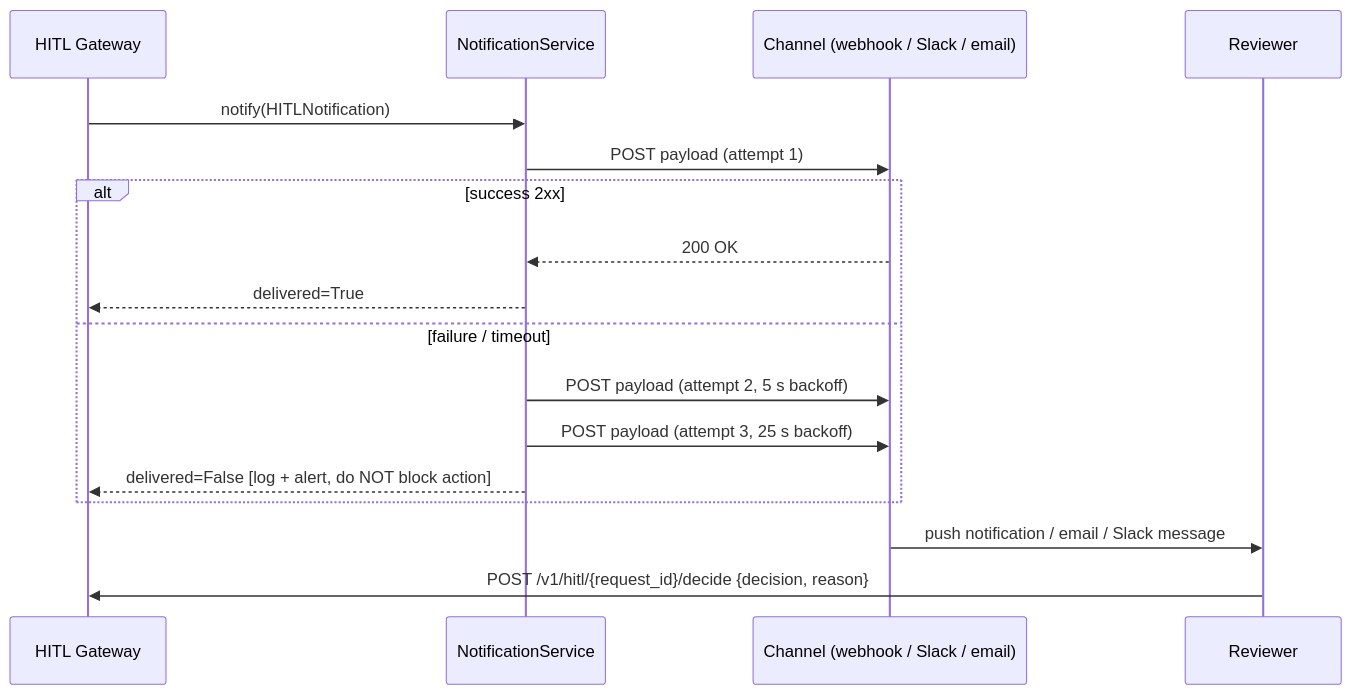
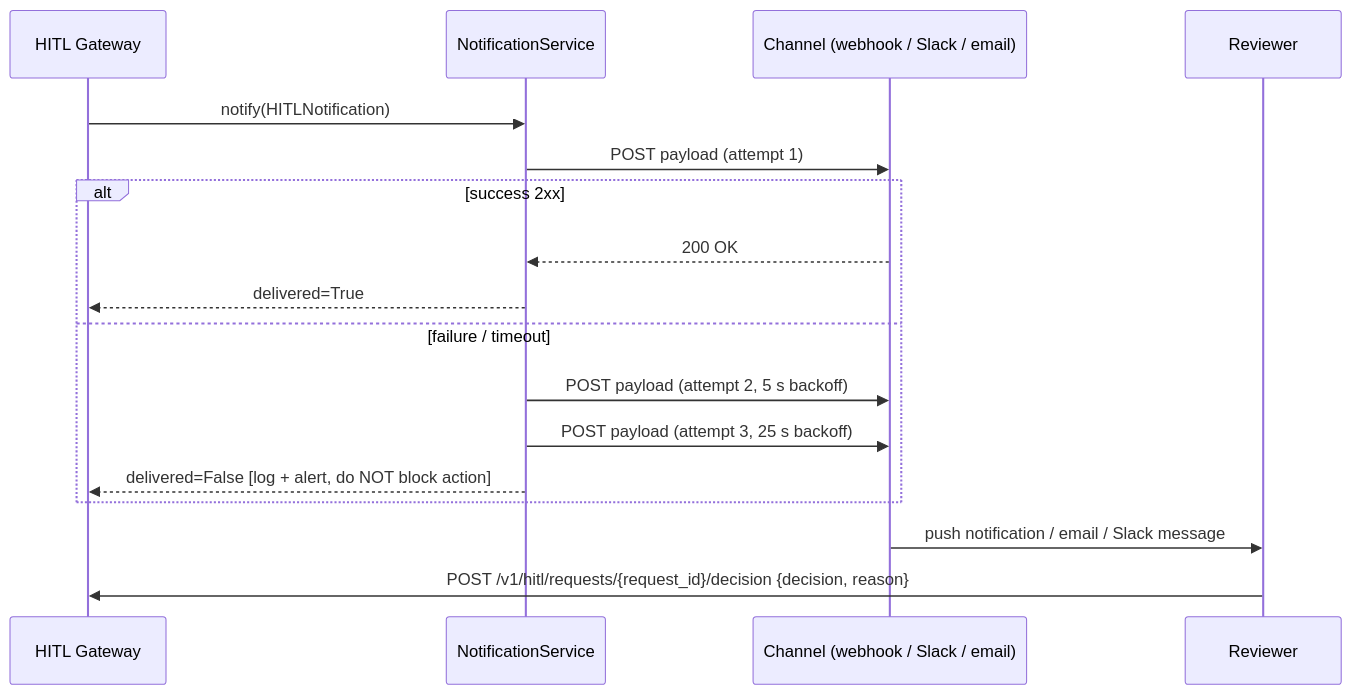
Before and after one commit to valdomirosouza/Spec-Agentic-SDLC: the diagram in specs/ai/hitl-notification.md, drawn with Mermaid. The commit also changed other lines of this file and 10 other files, not shown here.

First line of the commit message:
fix(docs): the HITL decision endpoint matches the OpenAPI contract everywhere (#194)

````diff
--- a/specs/ai/hitl-notification.md
+++ b/specs/ai/hitl-notification.md
@@ -36,20 +36,20 @@
 ```mermaid
 sequenceDiagram
     participant GW as HITL Gateway
     participant NS as NotificationService
     participant CH as Channel (webhook / Slack / email)
     participant R  as Reviewer
 
     GW->>NS: notify(HITLNotification)
     NS->>CH: POST payload (attempt 1)
     alt success 2xx
         CH-->>NS: 200 OK
         NS-->>GW: delivered=True
     else failure / timeout
         NS->>CH: POST payload (attempt 2, 5 s backoff)
         NS->>CH: POST payload (attempt 3, 25 s backoff)
         NS-->>GW: delivered=False  [log + alert, do NOT block action]
     end
     CH->>R: push notification / email / Slack message
-    R->>GW: POST /v1/hitl/{request_id}/decide {decision, reason}
+    R->>GW: POST /v1/hitl/requests/{request_id}/decision {decision, reason}
 ```
````
